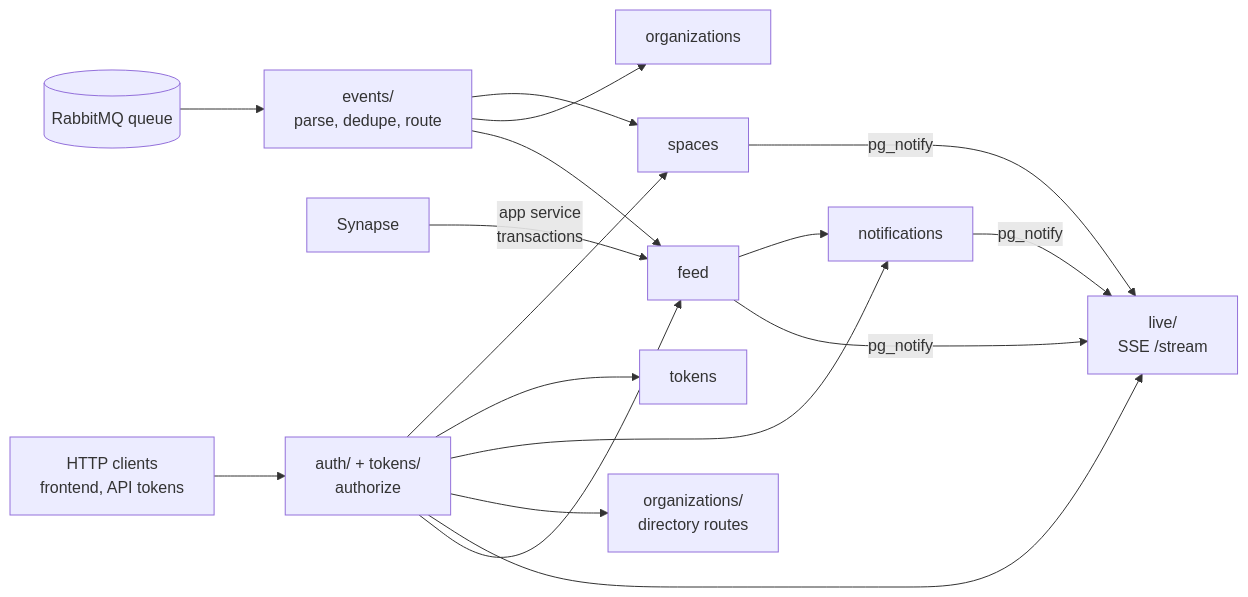
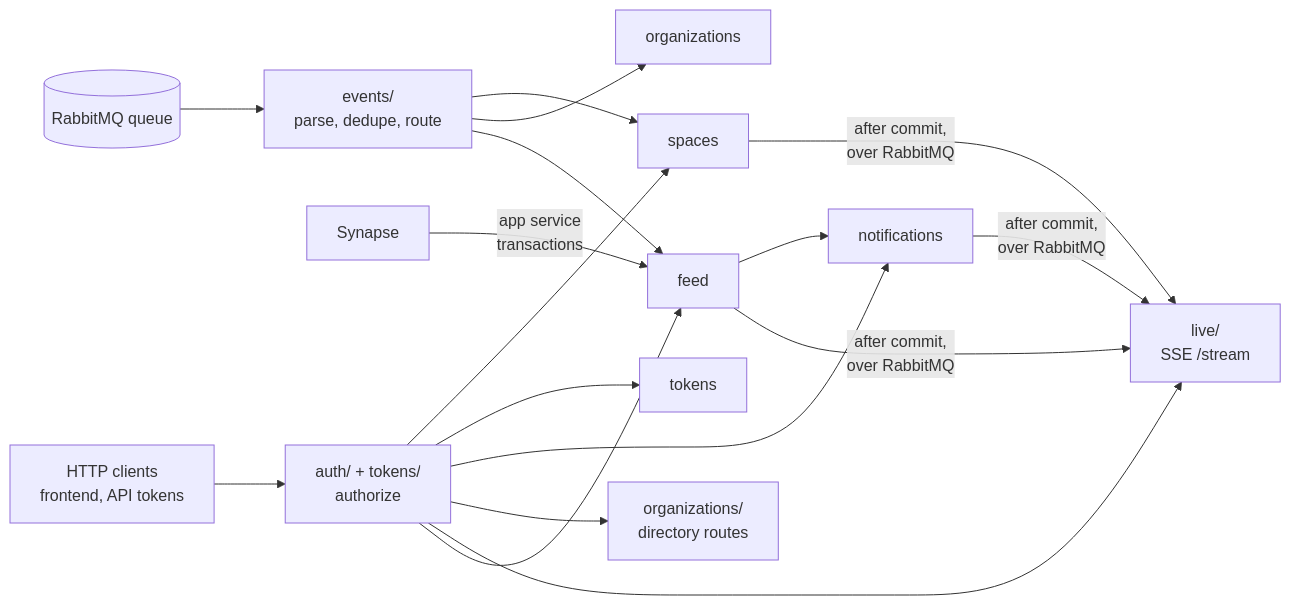
One commit to linagora/twake-space changed the first of 2 diagrams in docs/backend-dev.md. Above: the diagram before and after it, drawn with Mermaid. The commit also changed other lines of this file and 16 other files, not shown here.

First line of the commit message:
feat(backend): send live updates over RabbitMQ instead of Postgres NOTIFY

````diff
--- a/docs/backend-dev.md
+++ b/docs/backend-dev.md
@@ -29,11 +29,11 @@
 ```mermaid
 flowchart LR
   rabbitmq[(RabbitMQ queue)] --> events["events/<br>parse, dedupe, route"]
   synapse[Synapse] -- "app service<br>transactions" --> feed
   events --> spaces & organizations & feed
   http["HTTP clients<br>frontend, API tokens"] --> auth["auth/ + tokens/<br>authorize"]
   auth --> spaces & tokens & notifications & directory["organizations/<br>directory routes"] & live
   feed --> notifications
   auth --> feed
-  spaces & notifications & feed -- "pg_notify" --> live["live/<br>SSE /stream"]
+  spaces & notifications & feed -- "after commit,<br>over RabbitMQ" --> live["live/<br>SSE /stream"]
 ```
````
